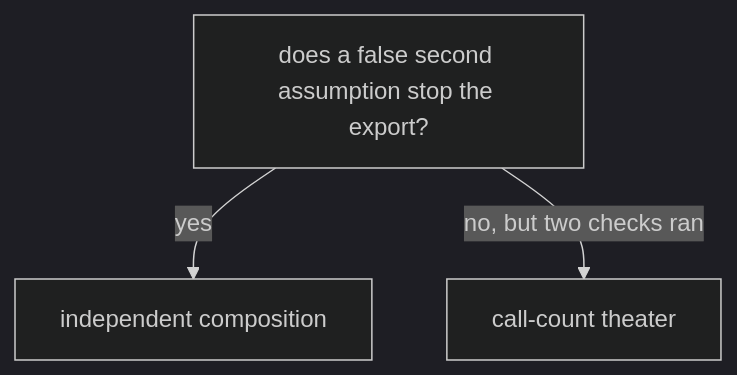
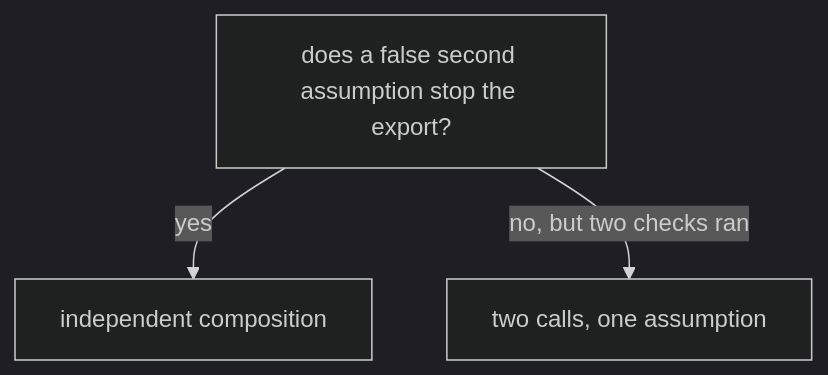
Before and after one commit to ishitvagoel/LearnSecurity: the diagram in content/modules/1/1.3/lessons/05-verify.md, drawn with Mermaid (dark theme). The commit also changed other lines of this file and 44 other files, not shown here.

````diff
--- a/content/modules/1/1.3/lessons/05-verify.md
+++ b/content/modules/1/1.3/lessons/05-verify.md
@@ -15,6 +18,6 @@
 ```mermaid
 flowchart TD
-  q["does a false second assumption stop the export?"]
-  q -->|"yes"| indep["independent composition"]
-  q -->|"no, but two checks ran"| theater["call-count theater"]
+  q[does a false second assumption stop the export?]
+  q -->|yes| indep[independent composition]
+  q -->|no, but two checks ran| theater[two calls, one assumption]
 ```
````
